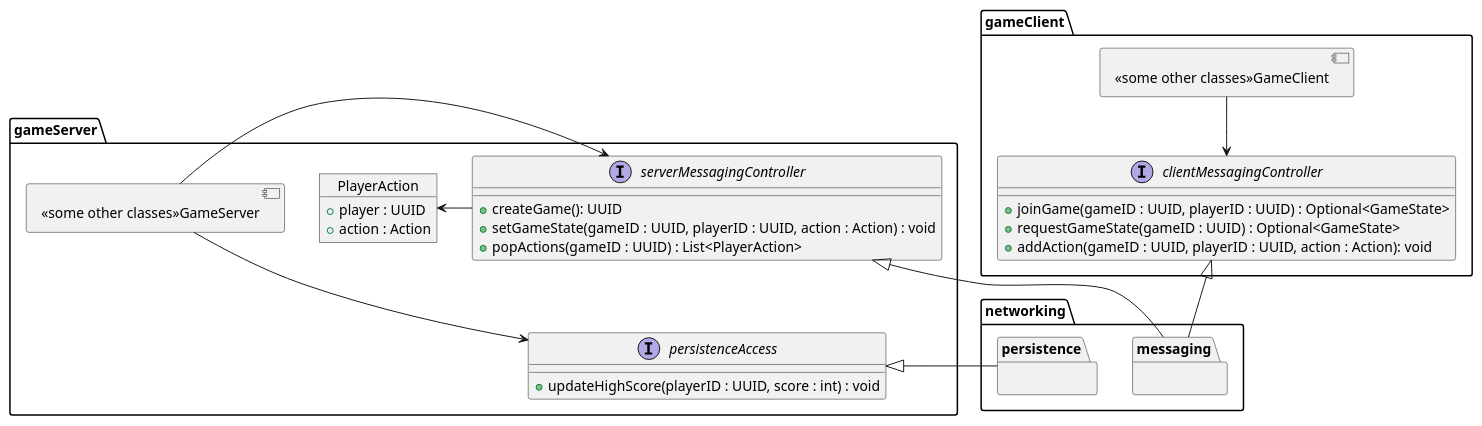
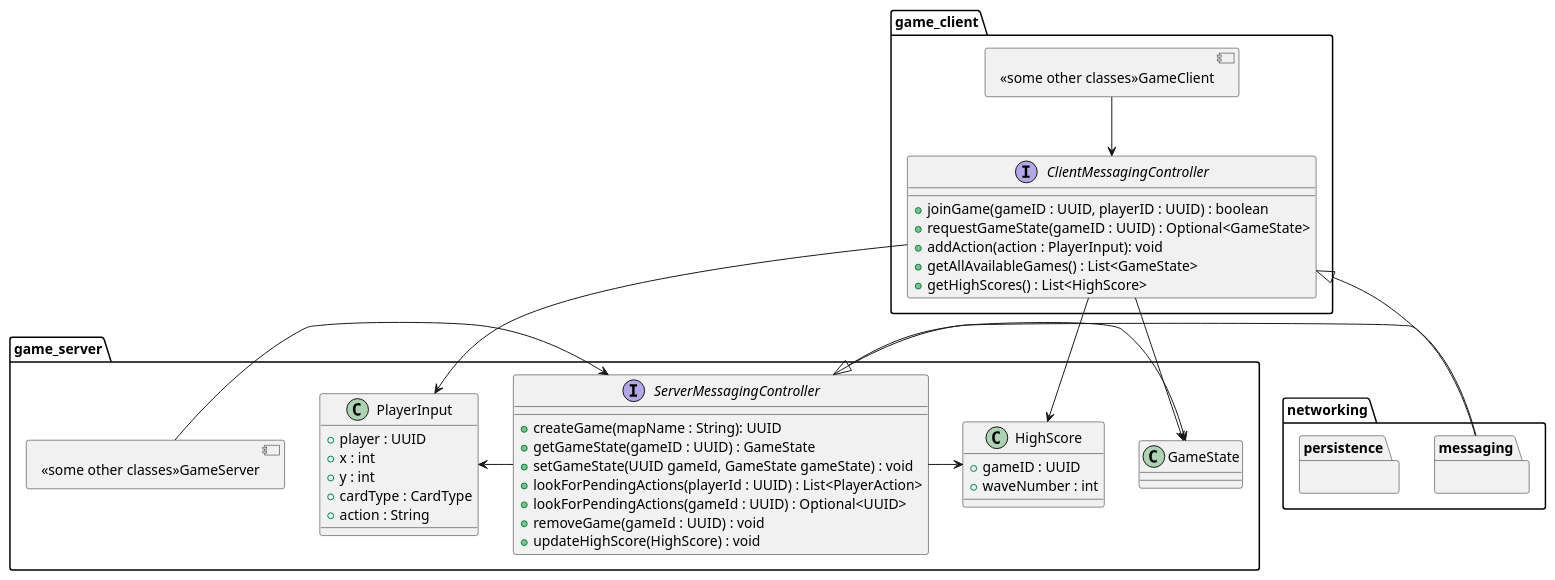
One commit to SverreNystad/besieged changed the diagram in docs/diagrams/networking/networking.puml. Above: the diagram before and after it, drawn with PlantUML.

Commit message:
update: networking api

```diff
--- a/docs/diagrams/networking/networking.puml
+++ b/docs/diagrams/networking/networking.puml
@@ -1,64 +1,79 @@
 @startuml
 allow_mixing
 
 package "networking" {
     ' interface DAO<K, T> {
     '     +get(id : Key) : Type
     '     +update(id : Key, object : Type) : boolean
     '     +delete(id : Key) : boolean
     '     +add(object : Type) : boolean
     ' }
     ' note left of DAO : follows DataBase Access\n Object pattern
     package persistence {
 
     }
     
     package messaging {
 
     }
 }
 
-package "gameClient" {
-    interface clientMessagingController {
-        +joinGame(gameID : UUID, playerID : UUID) : Optional<GameState>
+package "game_client" {
+    interface ClientMessagingController {
+        +joinGame(gameID : UUID, playerID : UUID) : boolean
         +requestGameState(gameID : UUID) : Optional<GameState>
-        +addAction(gameID : UUID, playerID : UUID, action : Action): void
+        +addAction(action : PlayerInput): void
+        +getAllAvailableGames() : List<GameState>
+        +getHighScores() : List<HighScore>
     }
 
     component "<<some other classes>>GameClient" as GameClient
 
-    GameClient --> clientMessagingController
+    GameClient --> ClientMessagingController
 }
 
-package "gameServer"{
-    interface serverMessagingController {
-        +createGame(): UUID
-        +setGameState(gameID : UUID, playerID : UUID, action : Action) : void
-        +popActions(gameID : UUID) : List<PlayerAction>
+package "game_server"{
+    interface ServerMessagingController {
+        +createGame(mapName : String): UUID
+        +getGameState(gameID : UUID) : GameState
+        +setGameState(UUID gameId, GameState gameState) : void
+        +lookForPendingActions(playerId : UUID) : List<PlayerAction>
+        +lookForPendingActions(gameId : UUID) : Optional<UUID>
+        +removeGame(gameId : UUID) : void
+        +updateHighScore(HighScore) : void
+    }
+    
+    class GameState {
+
     }
 
-    interface persistenceAccess {
-        +updateHighScore(playerID : UUID, score : int) : void
+    class HighScore {
+        +gameID : UUID
+        +waveNumber : int
     }
-    
-    object PlayerAction {
+
+    class PlayerInput {
         +player : UUID
-        +action : Action
+        +x : int
+        +y : int
+        +cardType : CardType
+        +action : String
     }
 
     component "<<some other classes>>GameServer" as GameServer
 
-    serverMessagingController -left-> PlayerAction
-    serverMessagingController -[hidden]-> persistenceAccess
-    GameServer -> serverMessagingController
-    GameServer -> persistenceAccess
+    ServerMessagingController -left-> PlayerInput
+    GameServer -> ServerMessagingController
+    ServerMessagingController -> GameState
+    ServerMessagingController -> HighScore
 }
 
-messaging -up-|> clientMessagingController
-messaging -left-|> serverMessagingController 
+messaging -up-|> ClientMessagingController
+messaging -left-|> ServerMessagingController 
 
-persistence -right-|> persistenceAccess 
-
-
+ClientMessagingController -down-> PlayerInput
+ClientMessagingController -down-> GameState
+ClientMessagingController -down-> HighScore
+'serverMessagingController -[hidden]right-> clientMessagingController
 
 @enduml
```
